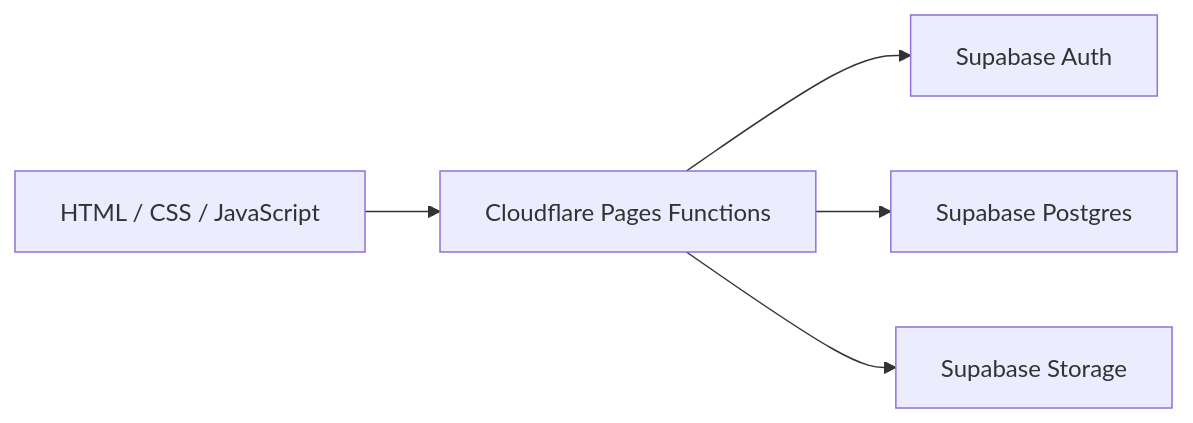
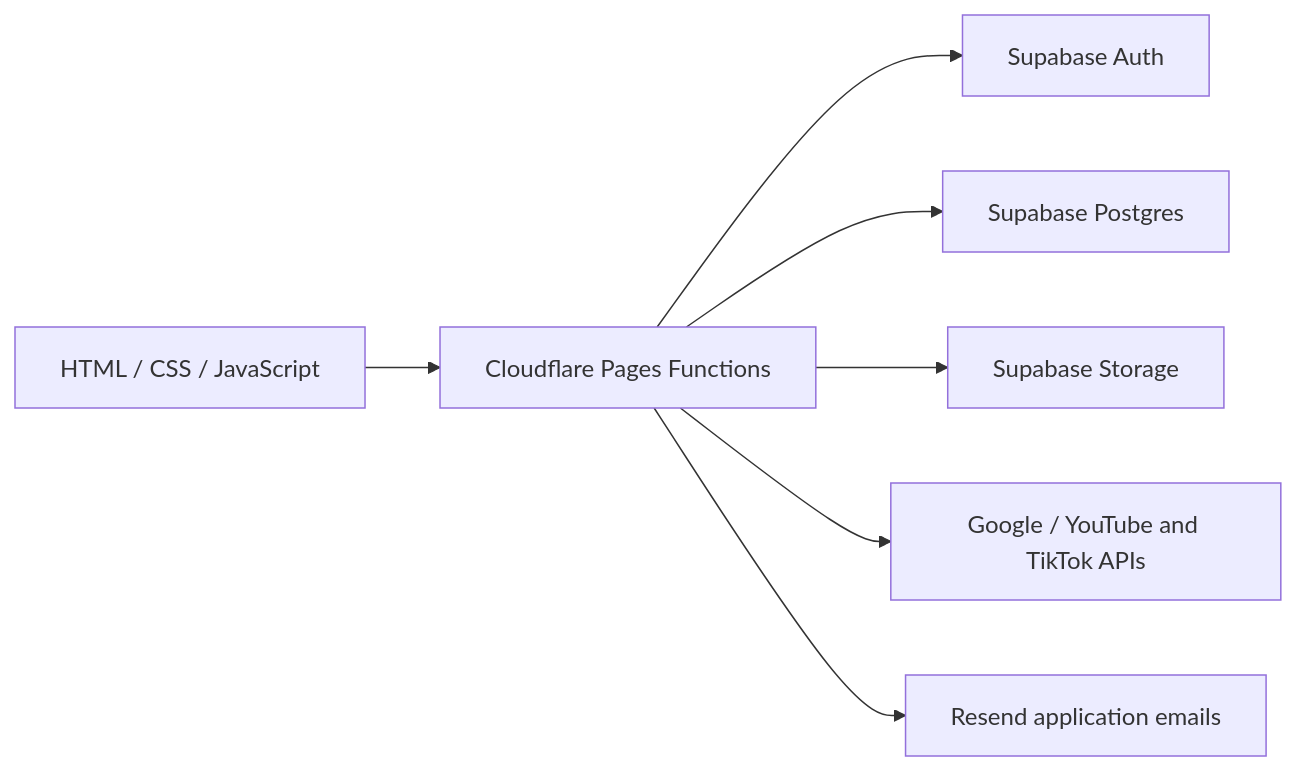
The diagram in README.md (shauncreates/robloxeditorslist), drawn with Mermaid before and after one commit. The commit also changed other lines of this file and 2 other files, not shown here.

````diff
--- a/README.md
+++ b/README.md
@@ -82,7 +85,9 @@
 ```mermaid
 flowchart LR
     Browser["HTML / CSS / JavaScript"] --> API["Cloudflare Pages Functions"]
     API --> Auth["Supabase Auth"]
     API --> Database["Supabase Postgres"]
     API --> Pictures["Supabase Storage"]
+    API --> Social["Google / YouTube and TikTok APIs"]
+    API --> Email["Resend application emails"]
 ```
````
